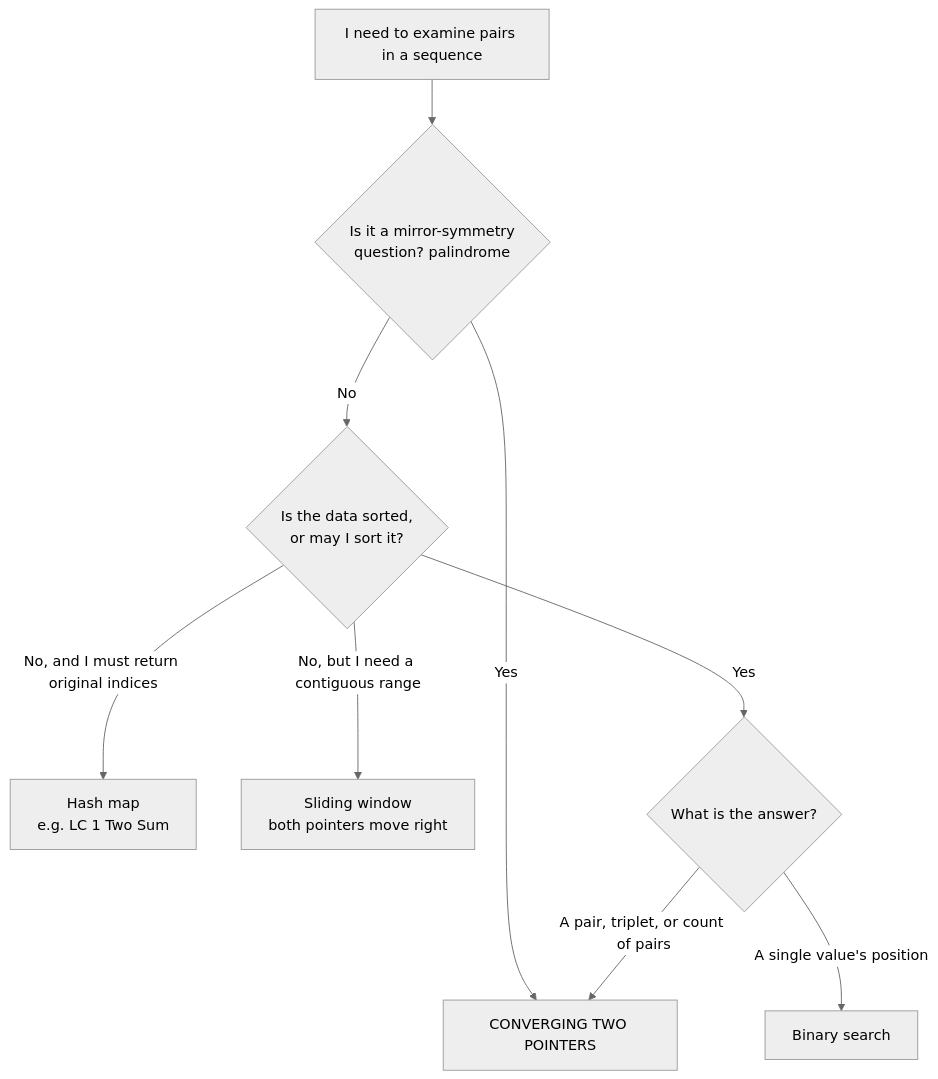
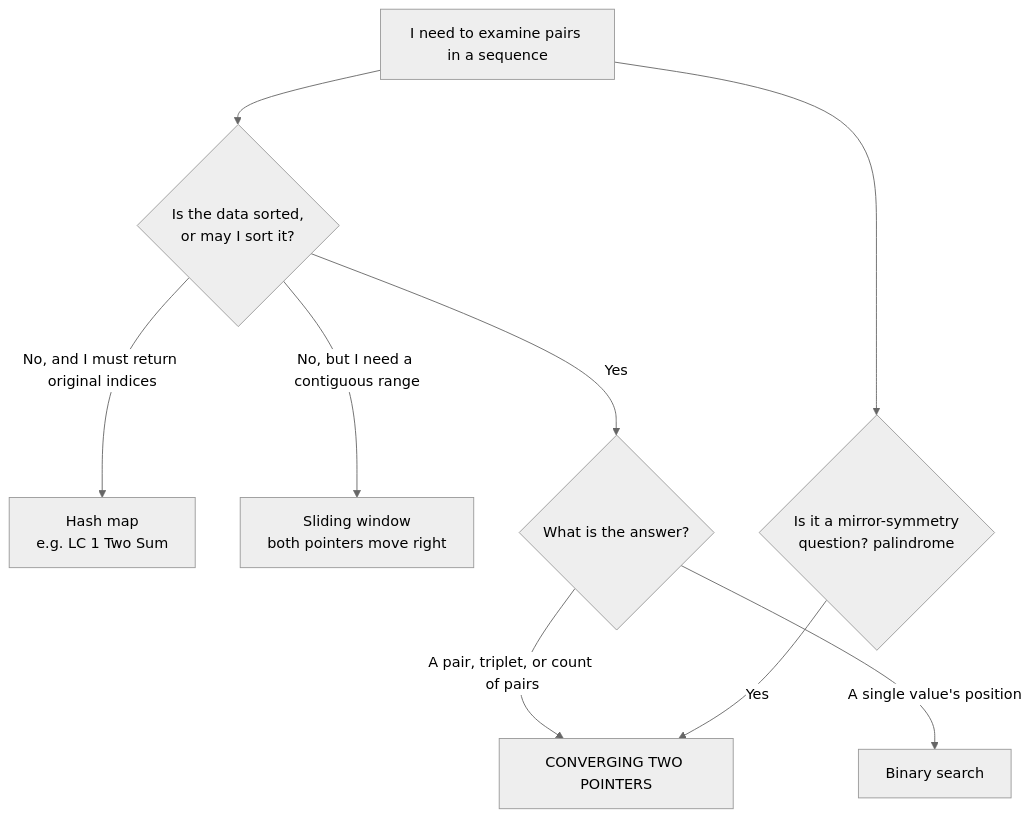
Before and after one commit to alcytorres/algorithm-patterns: the diagram in Theory/1.1_Two_Pointers_Converging.md, drawn with Mermaid (neutral theme).

Commit message:
Revert Decision flow chart in the 1.1 guide

````diff
--- a/Theory/1.1_Two_Pointers_Converging.md
+++ b/Theory/1.1_Two_Pointers_Converging.md
@@ -104,11 +104,11 @@
 ```mermaid
 flowchart TD
-    A["I need to examine pairs in a sequence"] --> H{"Is it a mirror-symmetry<br/>question? palindrome"}
-    H -->|"Yes"| F["CONVERGING TWO POINTERS"]
-    H -->|"No"| B{"Is the data sorted,<br/>or may I sort it?"}
+    A["I need to examine pairs in a sequence"] --> B{"Is the data sorted,<br/>or may I sort it?"}
     B -->|"No, and I must return original indices"| C["Hash map<br/>e.g. LC 1 Two Sum"]
     B -->|"No, but I need a contiguous range"| D["Sliding window<br/>both pointers move right"]
     B -->|"Yes"| E{"What is the answer?"}
+    E -->|"A pair, triplet, or count of pairs"| F["CONVERGING TWO POINTERS"]
     E -->|"A single value's position"| G["Binary search"]
-    E -->|"A pair, triplet, or count of pairs"| F
+    A --> H{"Is it a mirror-symmetry<br/>question? palindrome"}
+    H -->|"Yes"| F
 ```
````
